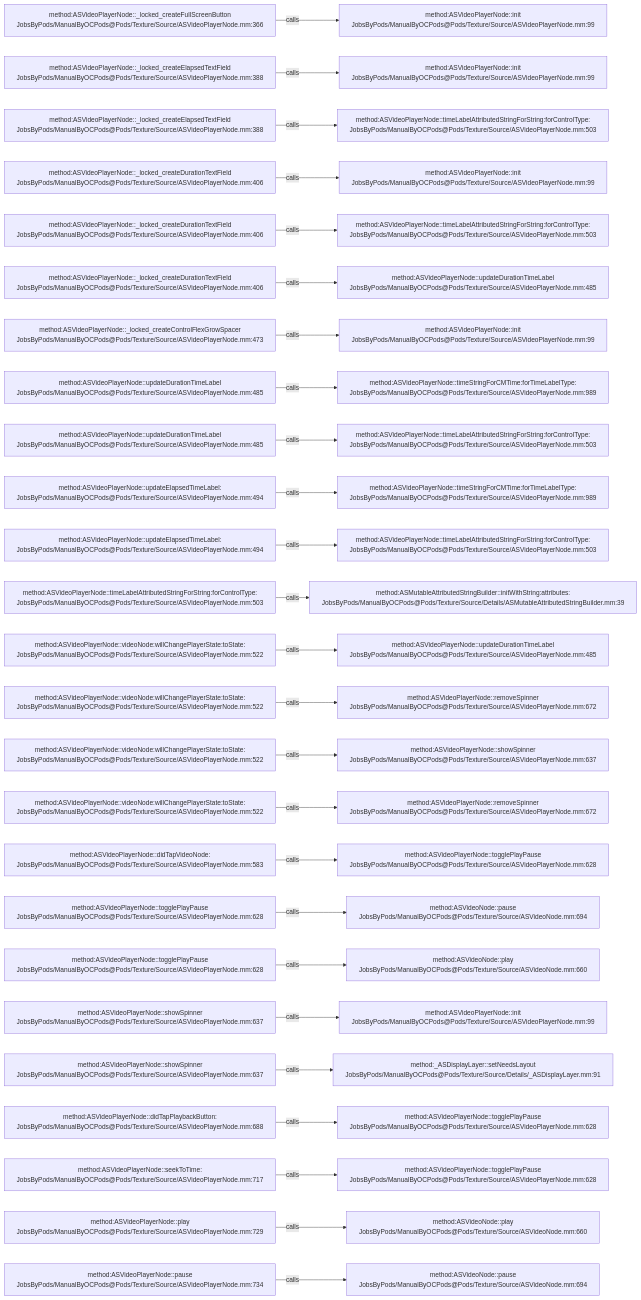
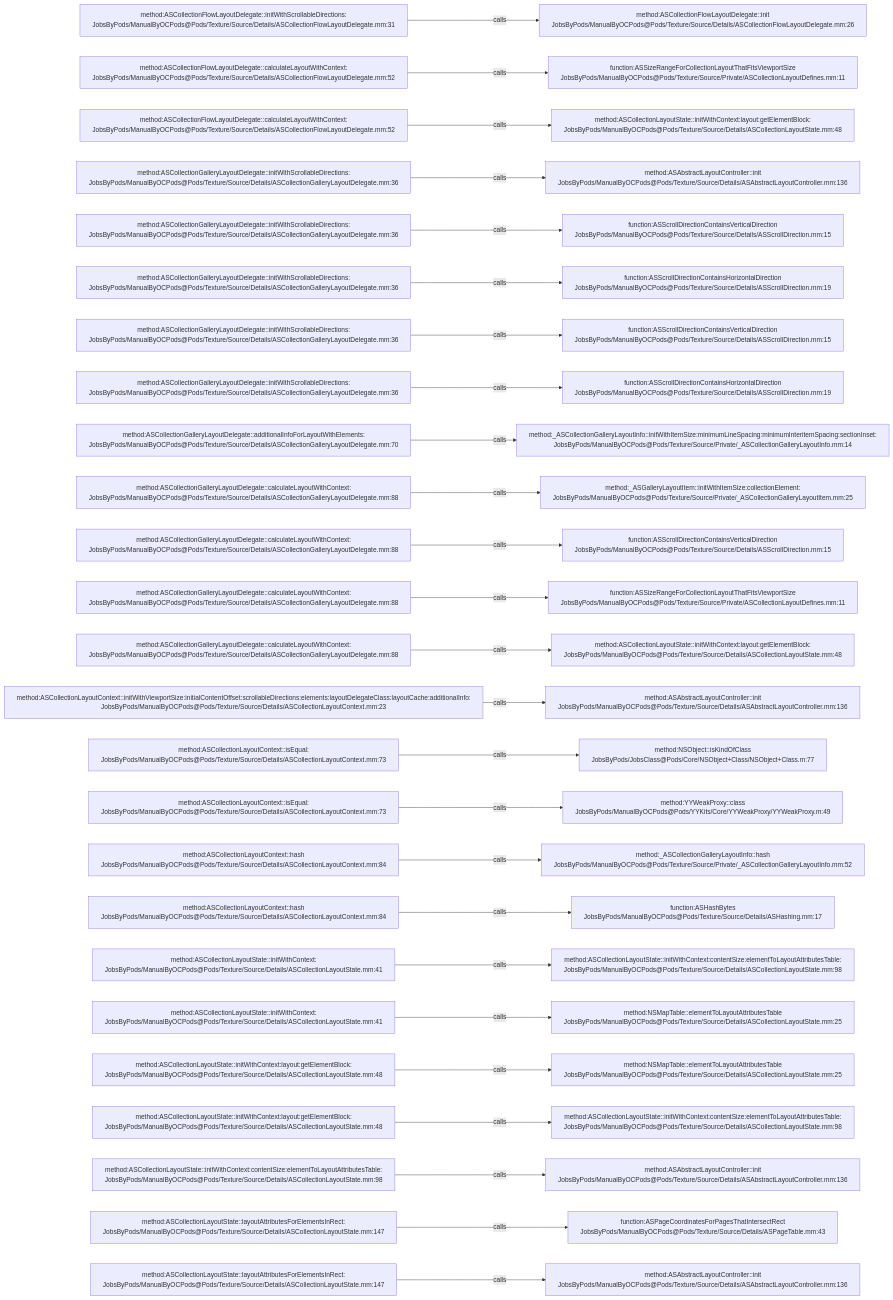
Before and after one commit to JobsKits/JobsOCBaseConfigDemo: the diagram in .codegraph/codegraph.md/graphs/calls-144.md, drawn with Mermaid. The commit also changed 1448 other files, not shown here.

````diff
--- a/.codegraph/codegraph.md/graphs/calls-144.md
+++ b/.codegraph/codegraph.md/graphs/calls-144.md
@@ -13,78 +13,78 @@
 ```mermaid
 flowchart LR
-  S1["method:ASVideoPlayerNode::_locked_createFullScreenButton<br/>JobsByPods/ManualByOCPods@Pods/Texture/Source/ASVideoPlayerNode.mm:366"]
-  T1["method:ASVideoPlayerNode::init<br/>JobsByPods/ManualByOCPods@Pods/Texture/Source/ASVideoPlayerNode.mm:99"]
+  S1["method:ASCollectionFlowLayoutDelegate::initWithScrollableDirections:<br/>JobsByPods/ManualByOCPods@Pods/Texture/Source/Details/ASCollectionFlowLayoutDelegate.mm:31"]
+  T1["method:ASCollectionFlowLayoutDelegate::init<br/>JobsByPods/ManualByOCPods@Pods/Texture/Source/Details/ASCollectionFlowLayoutDelegate.mm:26"]
   S1 -->|calls| T1
-  S2["method:ASVideoPlayerNode::_locked_createElapsedTextField<br/>JobsByPods/ManualByOCPods@Pods/Texture/Source/ASVideoPlayerNode.mm:388"]
-  T2["method:ASVideoPlayerNode::init<br/>JobsByPods/ManualByOCPods@Pods/Texture/Source/ASVideoPlayerNode.mm:99"]
+  S2["method:ASCollectionFlowLayoutDelegate::calculateLayoutWithContext:<br/>JobsByPods/ManualByOCPods@Pods/Texture/Source/Details/ASCollectionFlowLayoutDelegate.mm:52"]
+  T2["function:ASSizeRangeForCollectionLayoutThatFitsViewportSize<br/>JobsByPods/ManualByOCPods@Pods/Texture/Source/Private/ASCollectionLayoutDefines.mm:11"]
   S2 -->|calls| T2
-  S3["method:ASVideoPlayerNode::_locked_createElapsedTextField<br/>JobsByPods/ManualByOCPods@Pods/Texture/Source/ASVideoPlayerNode.mm:388"]
-  T3["method:ASVideoPlayerNode::timeLabelAttributedStringForString:forControlType:<br/>JobsByPods/ManualByOCPods@Pods/Texture/Source/ASVideoPlayerNode.mm:503"]
+  S3["method:ASCollectionFlowLayoutDelegate::calculateLayoutWithContext:<br/>JobsByPods/ManualByOCPods@Pods/Texture/Source/Details/ASCollectionFlowLayoutDelegate.mm:52"]
+  T3["method:ASCollectionLayoutState::initWithContext:layout:getElementBlock:<br/>JobsByPods/ManualByOCPods@Pods/Texture/Source/Details/ASCollectionLayoutState.mm:48"]
   S3 -->|calls| T3
-  S4["method:ASVideoPlayerNode::_locked_createDurationTextField<br/>JobsByPods/ManualByOCPods@Pods/Texture/Source/ASVideoPlayerNode.mm:406"]
-  T4["method:ASVideoPlayerNode::init<br/>JobsByPods/ManualByOCPods@Pods/Texture/Source/ASVideoPlayerNode.mm:99"]
+  S4["method:ASCollectionGalleryLayoutDelegate::initWithScrollableDirections:<br/>JobsByPods/ManualByOCPods@Pods/Texture/Source/Details/ASCollectionGalleryLayoutDelegate.mm:36"]
+  T4["method:ASAbstractLayoutController::init<br/>JobsByPods/ManualByOCPods@Pods/Texture/Source/Details/ASAbstractLayoutController.mm:136"]
   S4 -->|calls| T4
-  S5["method:ASVideoPlayerNode::_locked_createDurationTextField<br/>JobsByPods/ManualByOCPods@Pods/Texture/Source/ASVideoPlayerNode.mm:406"]
-  T5["method:ASVideoPlayerNode::timeLabelAttributedStringForString:forControlType:<br/>JobsByPods/ManualByOCPods@Pods/Texture/Source/ASVideoPlayerNode.mm:503"]
+  S5["method:ASCollectionGalleryLayoutDelegate::initWithScrollableDirections:<br/>JobsByPods/ManualByOCPods@Pods/Texture/Source/Details/ASCollectionGalleryLayoutDelegate.mm:36"]
+  T5["function:ASScrollDirectionContainsVerticalDirection<br/>JobsByPods/ManualByOCPods@Pods/Texture/Source/Details/ASScrollDirection.mm:15"]
   S5 -->|calls| T5
-  S6["method:ASVideoPlayerNode::_locked_createDurationTextField<br/>JobsByPods/ManualByOCPods@Pods/Texture/Source/ASVideoPlayerNode.mm:406"]
-  T6["method:ASVideoPlayerNode::updateDurationTimeLabel<br/>JobsByPods/ManualByOCPods@Pods/Texture/Source/ASVideoPlayerNode.mm:485"]
+  S6["method:ASCollectionGalleryLayoutDelegate::initWithScrollableDirections:<br/>JobsByPods/ManualByOCPods@Pods/Texture/Source/Details/ASCollectionGalleryLayoutDelegate.mm:36"]
+  T6["function:ASScrollDirectionContainsHorizontalDirection<br/>JobsByPods/ManualByOCPods@Pods/Texture/Source/Details/ASScrollDirection.mm:19"]
   S6 -->|calls| T6
-  S7["method:ASVideoPlayerNode::_locked_createControlFlexGrowSpacer<br/>JobsByPods/ManualByOCPods@Pods/Texture/Source/ASVideoPlayerNode.mm:473"]
-  T7["method:ASVideoPlayerNode::init<br/>JobsByPods/ManualByOCPods@Pods/Texture/Source/ASVideoPlayerNode.mm:99"]
+  S7["method:ASCollectionGalleryLayoutDelegate::initWithScrollableDirections:<br/>JobsByPods/ManualByOCPods@Pods/Texture/Source/Details/ASCollectionGalleryLayoutDelegate.mm:36"]
+  T7["function:ASScrollDirectionContainsVerticalDirection<br/>JobsByPods/ManualByOCPods@Pods/Texture/Source/Details/ASScrollDirection.mm:15"]
   S7 -->|calls| T7
-  S8["method:ASVideoPlayerNode::updateDurationTimeLabel<br/>JobsByPods/ManualByOCPods@Pods/Texture/Source/ASVideoPlayerNode.mm:485"]
-  T8["method:ASVideoPlayerNode::timeStringForCMTime:forTimeLabelType:<br/>JobsByPods/ManualByOCPods@Pods/Texture/Source/ASVideoPlayerNode.mm:989"]
+  S8["method:ASCollectionGalleryLayoutDelegate::initWithScrollableDirections:<br/>JobsByPods/ManualByOCPods@Pods/Texture/Source/Details/ASCollectionGalleryLayoutDelegate.mm:36"]
+  T8["function:ASScrollDirectionContainsHorizontalDirection<br/>JobsByPods/ManualByOCPods@Pods/Texture/Source/Details/ASScrollDirection.mm:19"]
   S8 -->|calls| T8
-  S9["method:ASVideoPlayerNode::updateDurationTimeLabel<br/>JobsByPods/ManualByOCPods@Pods/Texture/Source/ASVideoPlayerNode.mm:485"]
-  T9["method:ASVideoPlayerNode::timeLabelAttributedStringForString:forControlType:<br/>JobsByPods/ManualByOCPods@Pods/Texture/Source/ASVideoPlayerNode.mm:503"]
+  S9["method:ASCollectionGalleryLayoutDelegate::additionalInfoForLayoutWithElements:<br/>JobsByPods/ManualByOCPods@Pods/Texture/Source/Details/ASCollectionGalleryLayoutDelegate.mm:70"]
+  T9["method:_ASCollectionGalleryLayoutInfo::initWithItemSize:minimumLineSpacing:minimumInteritemSpacing:sectionInset:<br/>JobsByPods/ManualByOCPods@Pods/Texture/Source/Private/_ASCollectionGalleryLayoutInfo.mm:14"]
   S9 -->|calls| T9
-  S10["method:ASVideoPlayerNode::updateElapsedTimeLabel:<br/>JobsByPods/ManualByOCPods@Pods/Texture/Source/ASVideoPlayerNode.mm:494"]
-  T10["method:ASVideoPlayerNode::timeStringForCMTime:forTimeLabelType:<br/>JobsByPods/ManualByOCPods@Pods/Texture/Source/ASVideoPlayerNode.mm:989"]
+  S10["method:ASCollectionGalleryLayoutDelegate::calculateLayoutWithContext:<br/>JobsByPods/ManualByOCPods@Pods/Texture/Source/Details/ASCollectionGalleryLayoutDelegate.mm:88"]
+  T10["method:_ASGalleryLayoutItem::initWithItemSize:collectionElement:<br/>JobsByPods/ManualByOCPods@Pods/Texture/Source/Private/_ASCollectionGalleryLayoutItem.mm:25"]
   S10 -->|calls| T10
-  S11["method:ASVideoPlayerNode::updateElapsedTimeLabel:<br/>JobsByPods/ManualByOCPods@Pods/Texture/Source/ASVideoPlayerNode.mm:494"]
-  T11["method:ASVideoPlayerNode::timeLabelAttributedStringForString:forControlType:<br/>JobsByPods/ManualByOCPods@Pods/Texture/Source/ASVideoPlayerNode.mm:503"]
+  S11["method:ASCollectionGalleryLayoutDelegate::calculateLayoutWithContext:<br/>JobsByPods/ManualByOCPods@Pods/Texture/Source/Details/ASCollectionGalleryLayoutDelegate.mm:88"]
+  T11["function:ASScrollDirectionContainsVerticalDirection<br/>JobsByPods/ManualByOCPods@Pods/Texture/Source/Details/ASScrollDirection.mm:15"]
   S11 -->|calls| T11
-  S12["method:ASVideoPlayerNode::timeLabelAttributedStringForString:forControlType:<br/>JobsByPods/ManualByOCPods@Pods/Texture/Source/ASVideoPlayerNode.mm:503"]
-  T12["method:ASMutableAttributedStringBuilder::initWithString:attributes:<br/>JobsByPods/ManualByOCPods@Pods/Texture/Source/Details/ASMutableAttributedStringBuilder.mm:39"]
+  S12["method:ASCollectionGalleryLayoutDelegate::calculateLayoutWithContext:<br/>JobsByPods/ManualByOCPods@Pods/Texture/Source/Details/ASCollectionGalleryLayoutDelegate.mm:88"]
+  T12["function:ASSizeRangeForCollectionLayoutThatFitsViewportSize<br/>JobsByPods/ManualByOCPods@Pods/Texture/Source/Private/ASCollectionLayoutDefines.mm:11"]
   S12 -->|calls| T12
-  S13["method:ASVideoPlayerNode::videoNode:willChangePlayerState:toState:<br/>JobsByPods/ManualByOCPods@Pods/Texture/Source/ASVideoPlayerNode.mm:522"]
-  T13["method:ASVideoPlayerNode::updateDurationTimeLabel<br/>JobsByPods/ManualByOCPods@Pods/Texture/Source/ASVideoPlayerNode.mm:485"]
+  S13["method:ASCollectionGalleryLayoutDelegate::calculateLayoutWithContext:<br/>JobsByPods/ManualByOCPods@Pods/Texture/Source/Details/ASCollectionGalleryLayoutDelegate.mm:88"]
+  T13["method:ASCollectionLayoutState::initWithContext:layout:getElementBlock:<br/>JobsByPods/ManualByOCPods@Pods/Texture/Source/Details/ASCollectionLayoutState.mm:48"]
   S13 -->|calls| T13
-  S14["method:ASVideoPlayerNode::videoNode:willChangePlayerState:toState:<br/>JobsByPods/ManualByOCPods@Pods/Texture/Source/ASVideoPlayerNode.mm:522"]
-  T14["method:ASVideoPlayerNode::removeSpinner<br/>JobsByPods/ManualByOCPods@Pods/Texture/Source/ASVideoPlayerNode.mm:672"]
+  S14["method:ASCollectionLayoutContext::initWithViewportSize:initialContentOffset:scrollableDirections:elements:layoutDelegateClass:layoutCache:additionalInfo:<br/>JobsByPods/ManualByOCPods@Pods/Texture/Source/Details/ASCollectionLayoutContext.mm:23"]
+  T14["method:ASAbstractLayoutController::init<br/>JobsByPods/ManualByOCPods@Pods/Texture/Source/Details/ASAbstractLayoutController.mm:136"]
   S14 -->|calls| T14
-  S15["method:ASVideoPlayerNode::videoNode:willChangePlayerState:toState:<br/>JobsByPods/ManualByOCPods@Pods/Texture/Source/ASVideoPlayerNode.mm:522"]
-  T15["method:ASVideoPlayerNode::showSpinner<br/>JobsByPods/ManualByOCPods@Pods/Texture/Source/ASVideoPlayerNode.mm:637"]
+  S15["method:ASCollectionLayoutContext::isEqual:<br/>JobsByPods/ManualByOCPods@Pods/Texture/Source/Details/ASCollectionLayoutContext.mm:73"]
+  T15["method:NSObject::isKindOfClass<br/>JobsByPods/JobsClass@Pods/Core/NSObject+Class/NSObject+Class.m:77"]
   S15 -->|calls| T15
-  S16["method:ASVideoPlayerNode::videoNode:willChangePlayerState:toState:<br/>JobsByPods/ManualByOCPods@Pods/Texture/Source/ASVideoPlayerNode.mm:522"]
-  T16["method:ASVideoPlayerNode::removeSpinner<br/>JobsByPods/ManualByOCPods@Pods/Texture/Source/ASVideoPlayerNode.mm:672"]
+  S16["method:ASCollectionLayoutContext::isEqual:<br/>JobsByPods/ManualByOCPods@Pods/Texture/Source/Details/ASCollectionLayoutContext.mm:73"]
+  T16["method:YYWeakProxy::class<br/>JobsByPods/ManualByOCPods@Pods/YYKits/Core/YYWeakProxy/YYWeakProxy.m:49"]
   S16 -->|calls| T16
-  S17["method:ASVideoPlayerNode::didTapVideoNode:<br/>JobsByPods/ManualByOCPods@Pods/Texture/Source/ASVideoPlayerNode.mm:583"]
-  T17["method:ASVideoPlayerNode::togglePlayPause<br/>JobsByPods/ManualByOCPods@Pods/Texture/Source/ASVideoPlayerNode.mm:628"]
+  S17["method:ASCollectionLayoutContext::hash<br/>JobsByPods/ManualByOCPods@Pods/Texture/Source/Details/ASCollectionLayoutContext.mm:84"]
+  T17["method:_ASCollectionGalleryLayoutInfo::hash<br/>JobsByPods/ManualByOCPods@Pods/Texture/Source/Private/_ASCollectionGalleryLayoutInfo.mm:52"]
   S17 -->|calls| T17
-  S18["method:ASVideoPlayerNode::togglePlayPause<br/>JobsByPods/ManualByOCPods@Pods/Texture/Source/ASVideoPlayerNode.mm:628"]
-  T18["method:ASVideoNode::pause<br/>JobsByPods/ManualByOCPods@Pods/Texture/Source/ASVideoNode.mm:694"]
+  S18["method:ASCollectionLayoutContext::hash<br/>JobsByPods/ManualByOCPods@Pods/Texture/Source/Details/ASCollectionLayoutContext.mm:84"]
+  T18["function:ASHashBytes<br/>JobsByPods/ManualByOCPods@Pods/Texture/Source/Details/ASHashing.mm:17"]
   S18 -->|calls| T18
-  S19["method:ASVideoPlayerNode::togglePlayPause<br/>JobsByPods/ManualByOCPods@Pods/Texture/Source/ASVideoPlayerNode.mm:628"]
-  T19["method:ASVideoNode::play<br/>JobsByPods/ManualByOCPods@Pods/Texture/Source/ASVideoNode.mm:660"]
+  S19["method:ASCollectionLayoutState::initWithContext:<br/>JobsByPods/ManualByOCPods@Pods/Texture/Source/Details/ASCollectionLayoutState.mm:41"]
+  T19["method:ASCollectionLayoutState::initWithContext:contentSize:elementToLayoutAttributesTable:<br/>JobsByPods/ManualByOCPods@Pods/Texture/Source/Details/ASCollectionLayoutState.mm:98"]
   S19 -->|calls| T19
-  S20["method:ASVideoPlayerNode::showSpinner<br/>JobsByPods/ManualByOCPods@Pods/Texture/Source/ASVideoPlayerNode.mm:637"]
-  T20["method:ASVideoPlayerNode::init<br/>JobsByPods/ManualByOCPods@Pods/Texture/Source/ASVideoPlayerNode.mm:99"]
+  S20["method:ASCollectionLayoutState::initWithContext:<br/>JobsByPods/ManualByOCPods@Pods/Texture/Source/Details/ASCollectionLayoutState.mm:41"]
+  T20["method:NSMapTable::elementToLayoutAttributesTable<br/>JobsByPods/ManualByOCPods@Pods/Texture/Source/Details/ASCollectionLayoutState.mm:25"]
   S20 -->|calls| T20
-  S21["method:ASVideoPlayerNode::showSpinner<br/>JobsByPods/ManualByOCPods@Pods/Texture/Source/ASVideoPlayerNode.mm:637"]
-  T21["method:_ASDisplayLayer::setNeedsLayout<br/>JobsByPods/ManualByOCPods@Pods/Texture/Source/Details/_ASDisplayLayer.mm:91"]
+  S21["method:ASCollectionLayoutState::initWithContext:layout:getElementBlock:<br/>JobsByPods/ManualByOCPods@Pods/Texture/Source/Details/ASCollectionLayoutState.mm:48"]
+  T21["method:NSMapTable::elementToLayoutAttributesTable<br/>JobsByPods/ManualByOCPods@Pods/Texture/Source/Details/ASCollectionLayoutState.mm:25"]
   S21 -->|calls| T21
-  S22["method:ASVideoPlayerNode::didTapPlaybackButton:<br/>JobsByPods/ManualByOCPods@Pods/Texture/Source/ASVideoPlayerNode.mm:688"]
-  T22["method:ASVideoPlayerNode::togglePlayPause<br/>JobsByPods/ManualByOCPods@Pods/Texture/Source/ASVideoPlayerNode.mm:628"]
+  S22["method:ASCollectionLayoutState::initWithContext:layout:getElementBlock:<br/>JobsByPods/ManualByOCPods@Pods/Texture/Source/Details/ASCollectionLayoutState.mm:48"]
+  T22["method:ASCollectionLayoutState::initWithContext:contentSize:elementToLayoutAttributesTable:<br/>JobsByPods/ManualByOCPods@Pods/Texture/Source/Details/ASCollectionLayoutState.mm:98"]
   S22 -->|calls| T22
-  S23["method:ASVideoPlayerNode::seekToTime:<br/>JobsByPods/ManualByOCPods@Pods/Texture/Source/ASVideoPlayerNode.mm:717"]
-  T23["method:ASVideoPlayerNode::togglePlayPause<br/>JobsByPods/ManualByOCPods@Pods/Texture/Source/ASVideoPlayerNode.mm:628"]
+  S23["method:ASCollectionLayoutState::initWithContext:contentSize:elementToLayoutAttributesTable:<br/>JobsByPods/ManualByOCPods@Pods/Texture/Source/Details/ASCollectionLayoutState.mm:98"]
+  T23["method:ASAbstractLayoutController::init<br/>JobsByPods/ManualByOCPods@Pods/Texture/Source/Details/ASAbstractLayoutController.mm:136"]
   S23 -->|calls| T23
-  S24["method:ASVideoPlayerNode::play<br/>JobsByPods/ManualByOCPods@Pods/Texture/Source/ASVideoPlayerNode.mm:729"]
-  T24["method:ASVideoNode::play<br/>JobsByPods/ManualByOCPods@Pods/Texture/Source/ASVideoNode.mm:660"]
+  S24["method:ASCollectionLayoutState::layoutAttributesForElementsInRect:<br/>JobsByPods/ManualByOCPods@Pods/Texture/Source/Details/ASCollectionLayoutState.mm:147"]
+  T24["function:ASPageCoordinatesForPagesThatIntersectRect<br/>JobsByPods/ManualByOCPods@Pods/Texture/Source/Details/ASPageTable.mm:43"]
   S24 -->|calls| T24
-  S25["method:ASVideoPlayerNode::pause<br/>JobsByPods/ManualByOCPods@Pods/Texture/Source/ASVideoPlayerNode.mm:734"]
-  T25["method:ASVideoNode::pause<br/>JobsByPods/ManualByOCPods@Pods/Texture/Source/ASVideoNode.mm:694"]
+  S25["method:ASCollectionLayoutState::layoutAttributesForElementsInRect:<br/>JobsByPods/ManualByOCPods@Pods/Texture/Source/Details/ASCollectionLayoutState.mm:147"]
+  T25["method:ASAbstractLayoutController::init<br/>JobsByPods/ManualByOCPods@Pods/Texture/Source/Details/ASAbstractLayoutController.mm:136"]
   S25 -->|calls| T25
 ```
````
